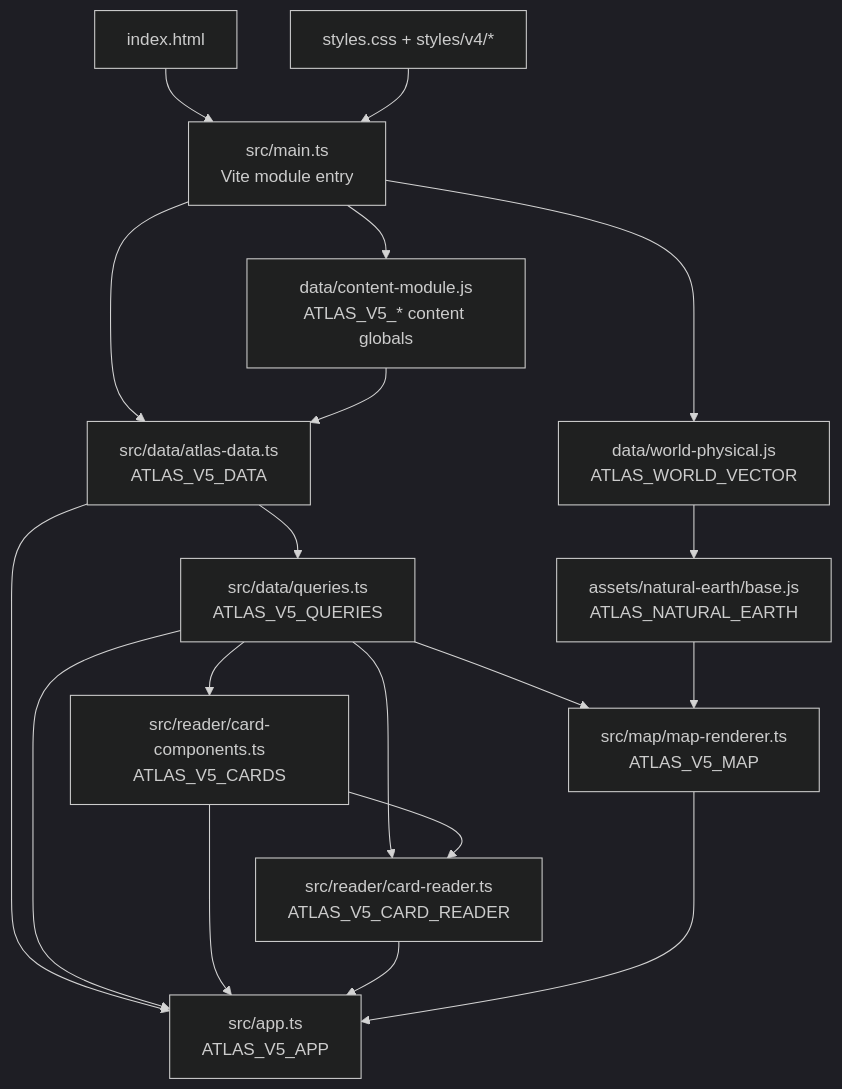
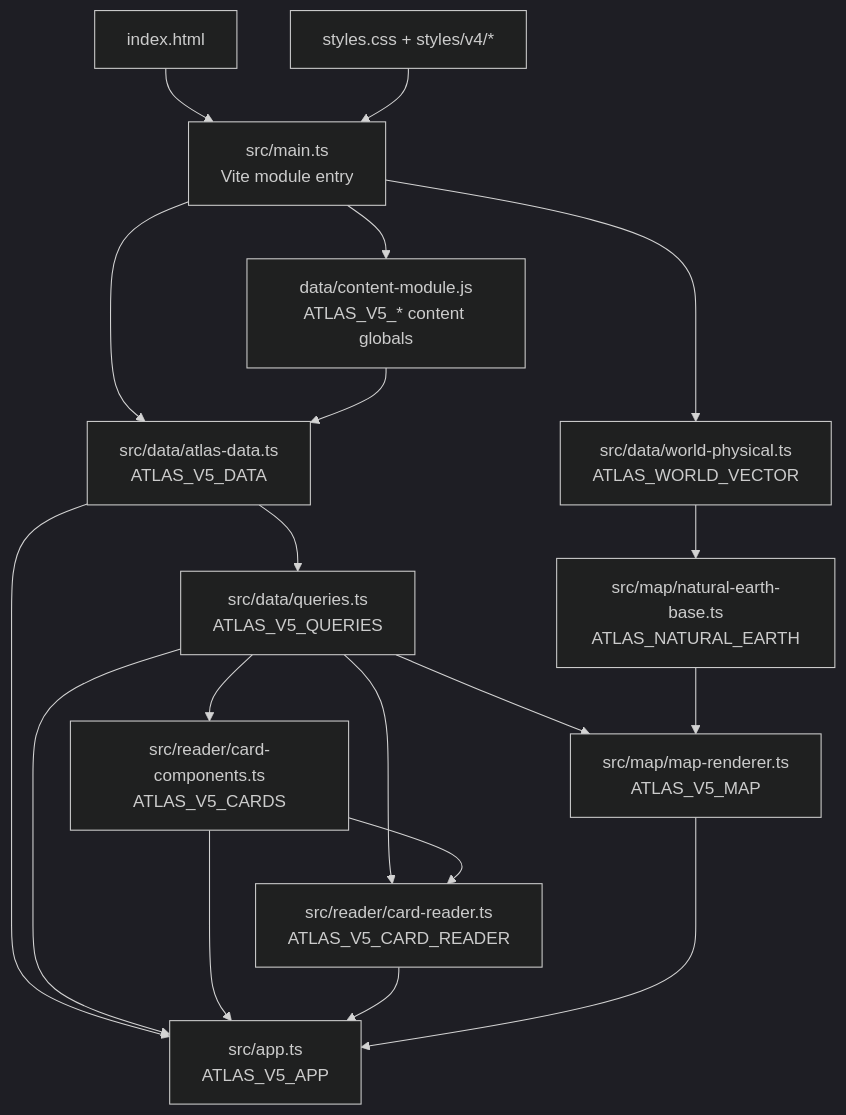
One commit to jiaxun-li/civilization-wander changed the first of 4 diagrams in docs/ARCHITECTURE_AND_DATA_MODEL.md. Above: the diagram before and after it, drawn with Mermaid (dark theme). The commit also changed other lines of this file and 22 other files, not shown here.

````diff
--- a/docs/ARCHITECTURE_AND_DATA_MODEL.md
+++ b/docs/ARCHITECTURE_AND_DATA_MODEL.md
@@ -35,21 +35,21 @@
 ```mermaid
 flowchart TD
     HTML["index.html"] --> ENTRY["src/main.ts\nVite module entry"]
-    ENTRY --> WP["data/world-physical.js\nATLAS_WORLD_VECTOR"]
+    ENTRY --> WP["src/data/world-physical.ts\nATLAS_WORLD_VECTOR"]
     ENTRY --> CM["data/content-module.js\nATLAS_V5_* content globals"]
     ENTRY --> D["src/data/atlas-data.ts\nATLAS_V5_DATA"]
     CM --> D
     D --> Q["src/data/queries.ts\nATLAS_V5_QUERIES"]
     Q --> C["src/reader/card-components.ts\nATLAS_V5_CARDS"]
     Q --> R["src/reader/card-reader.ts\nATLAS_V5_CARD_READER"]
     C --> R
-    WP --> B["assets/natural-earth/base.js\nATLAS_NATURAL_EARTH"]
+    WP --> B["src/map/natural-earth-base.ts\nATLAS_NATURAL_EARTH"]
     Q --> M["src/map/map-renderer.ts\nATLAS_V5_MAP"]
     B --> M
     D --> A["src/app.ts\nATLAS_V5_APP"]
     Q --> A
     C --> A
     R --> A
     M --> A
     CSS["styles.css + styles/v4/*"] --> ENTRY
 ```
````
